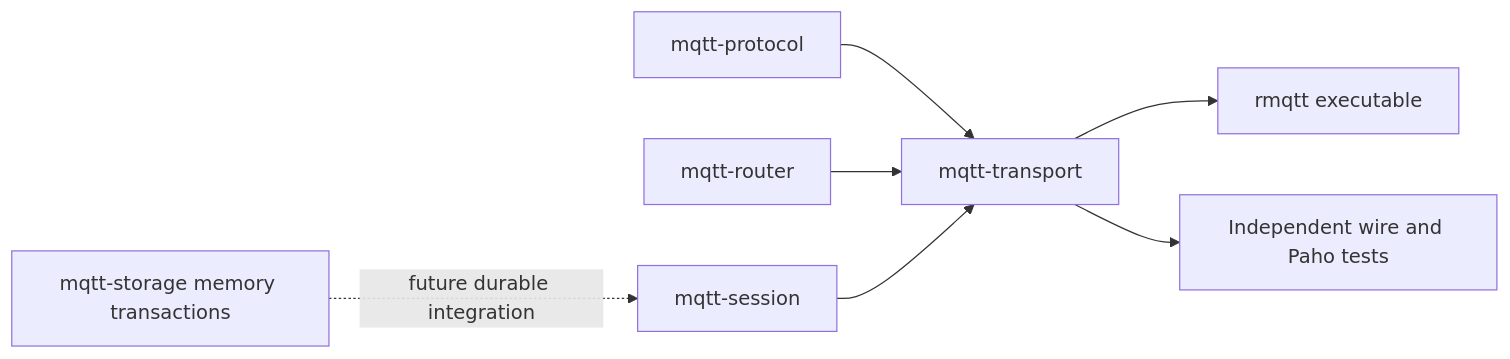
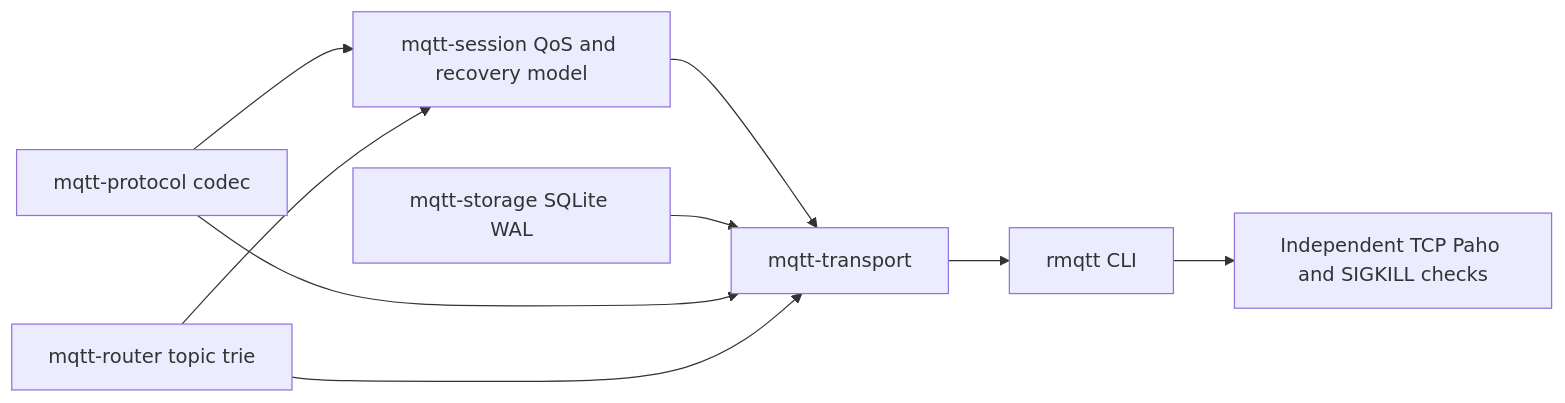
Before and after one commit to lyrnor/lyrnormq: the diagram in docs/architecture.md, drawn with Mermaid. The commit also changed other lines of this file and 7 other files, not shown here.

Commit message:
feat: deliver verified persistent sessions and SQLite crash recovery

````diff
--- a/docs/architecture.md
+++ b/docs/architecture.md
@@ -9,9 +10,11 @@
 ```mermaid
 graph LR
-  Protocol[mqtt-protocol] --> Transport[mqtt-transport]
-  Router[mqtt-router] --> Transport
-  Session[mqtt-session] --> Transport
-  Transport --> Binary[rmqtt executable]
-  Storage[mqtt-storage memory transactions] -. future durable integration .-> Session
-  Transport --> Wire[Independent wire and Paho tests]
+  Protocol[mqtt-protocol codec] --> Session[mqtt-session QoS and recovery model]
+  Router[mqtt-router topic trie] --> Session
+  Session --> Transport[mqtt-transport]
+  Storage[mqtt-storage SQLite WAL] --> Transport
+  Protocol --> Transport
+  Router --> Transport
+  Transport --> Binary[rmqtt CLI]
+  Binary --> Checks[Independent TCP Paho and SIGKILL checks]
 ```
````
